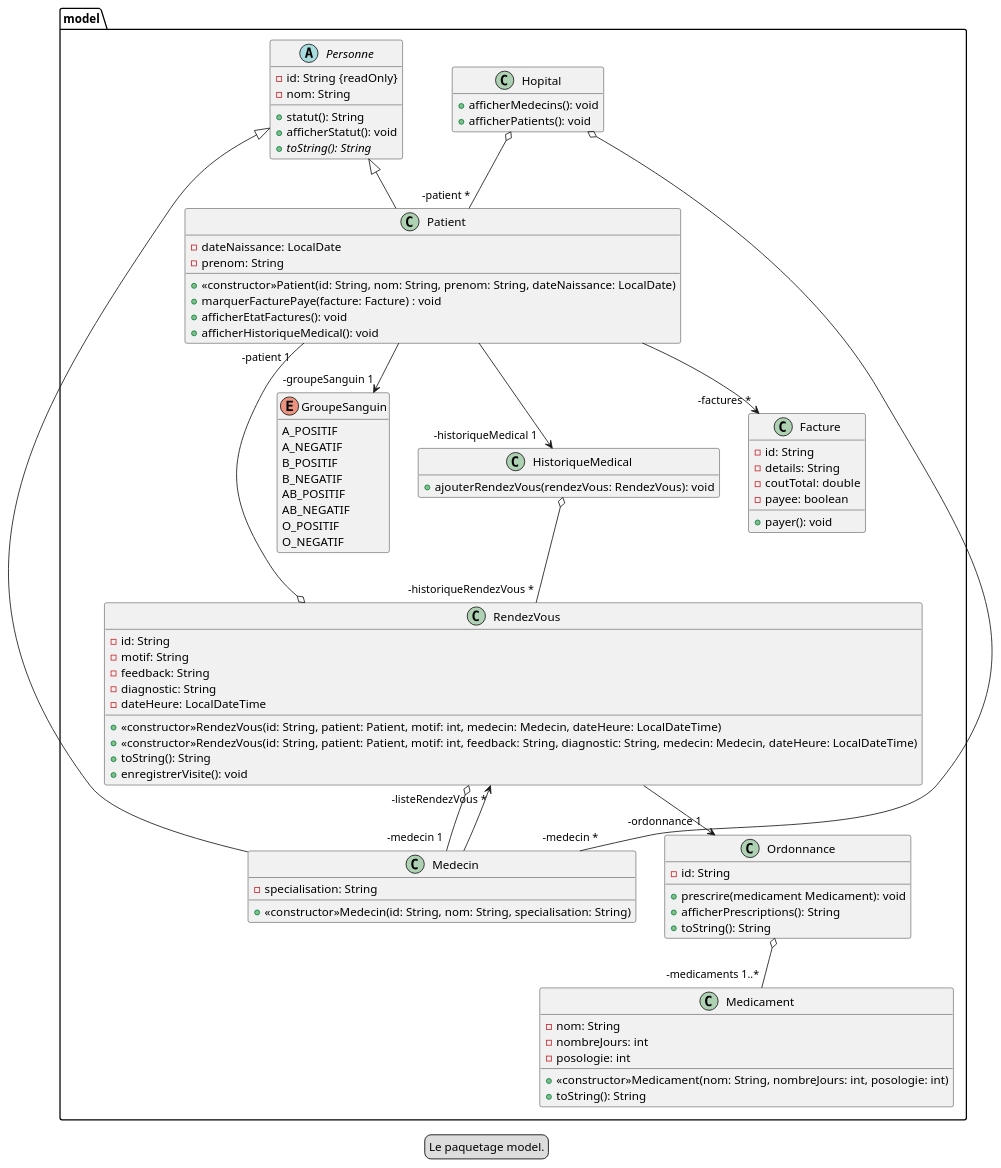
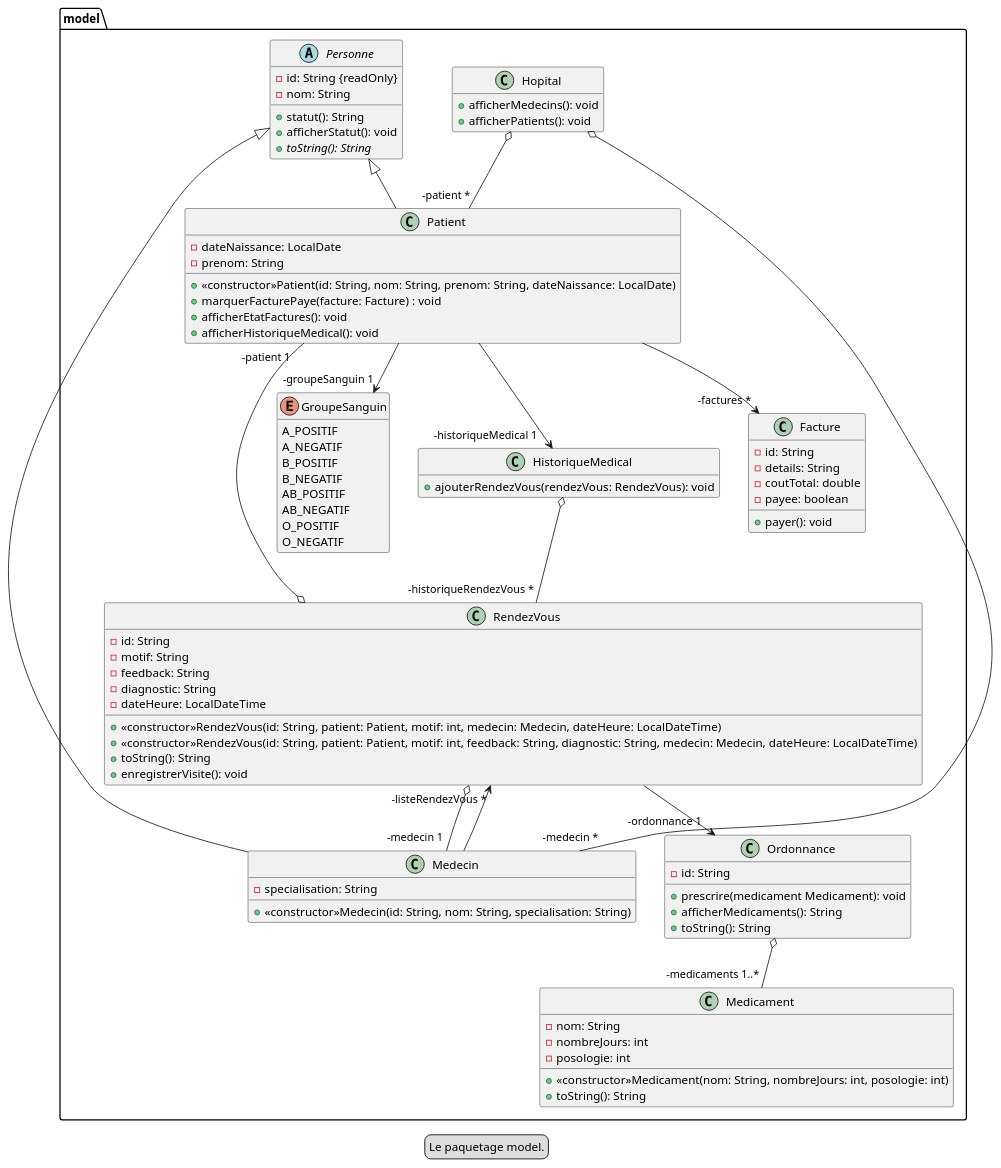
The diagram in plantuml/diagrammeModele.puml (carlkolodziejski/hopital), drawn with PlantUML before and after one commit. The commit also changed 1 other file, not shown here.

```diff
--- a/plantuml/diagrammeModele.puml
+++ b/plantuml/diagrammeModele.puml
@@ -1,112 +1,112 @@
 @startuml
 
 legend Le paquetage model.
 
 hide empty members
 
 package model {
 
     abstract class Personne {
         -id: String {readOnly}
         -nom: String
 
         +statut(): String
         +afficherStatut(): void
         +{abstract}toString(): String
     }
 
     class Patient extends Personne {
         -dateNaissance: LocalDate
         -prenom: String
 
         +<<constructor>>Patient(id: String, nom: String, prenom: String, dateNaissance: LocalDate)
         +marquerFacturePaye(facture: Facture) : void
         +afficherEtatFactures(): void
         +afficherHistoriqueMedical(): void
     }
 
 
     class Medecin extends Personne {
         -specialisation: String
 
         +<<constructor>>Medecin(id: String, nom: String, specialisation: String)
     }
 
     class RendezVous {
         -id: String
         -motif: String
         -feedback: String
         -diagnostic: String
         -dateHeure: LocalDateTime
 
         +<<constructor>>RendezVous(id: String, patient: Patient, motif: int, medecin: Medecin, dateHeure: LocalDateTime)
         +<<constructor>>RendezVous(id: String, patient: Patient, motif: int, feedback: String, diagnostic: String, medecin: Medecin, dateHeure: LocalDateTime)
         +toString(): String
         +enregistrerVisite(): void
     }
 
     class Ordonnance {
         -id: String
 
         +prescrire(medicament Medicament): void
-        +afficherPrescriptions(): String
+        +afficherMedicaments(): String
         +toString(): String
     }
 
     class Medicament {
         -nom: String
         -nombreJours: int
         -posologie: int
 
         +<<constructor>>Medicament(nom: String, nombreJours: int, posologie: int)
         +toString(): String
     }
 
     class Facture {
         -id: String
         -details: String
         -coutTotal: double
         -payee: boolean
 
         +payer(): void
     }
 
     class Hopital {
         +afficherMedecins(): void
         +afficherPatients(): void
     }
 
     class HistoriqueMedical {
         +ajouterRendezVous(rendezVous: RendezVous): void
     }
 
     enum GroupeSanguin {
         A_POSITIF
         A_NEGATIF
         B_POSITIF
         B_NEGATIF
         AB_POSITIF
         AB_NEGATIF
         O_POSITIF
         O_NEGATIF
     }
 
     Patient --> "-factures *" Facture
     Patient --> "-groupeSanguin 1" GroupeSanguin
     Patient --> "-historiqueMedical 1" HistoriqueMedical
 
     Medecin --> "-listeRendezVous *" RendezVous
 
     RendezVous o-- "-medecin 1" Medecin
     RendezVous o-- "-patient 1" Patient
     RendezVous --> "-ordonnance 1" Ordonnance
 
     Ordonnance o-- "-medicaments 1..*" Medicament
 
     Hopital o-- "-medecin *" Medecin
     Hopital o-- "-patient *" Patient
 
     HistoriqueMedical o-- "-historiqueRendezVous *" RendezVous
 }
 
 @enduml
```
